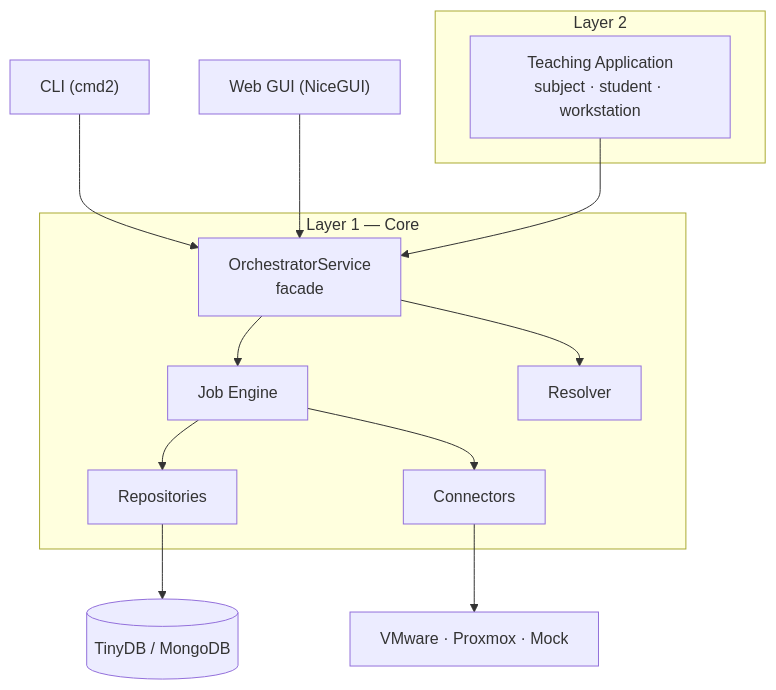
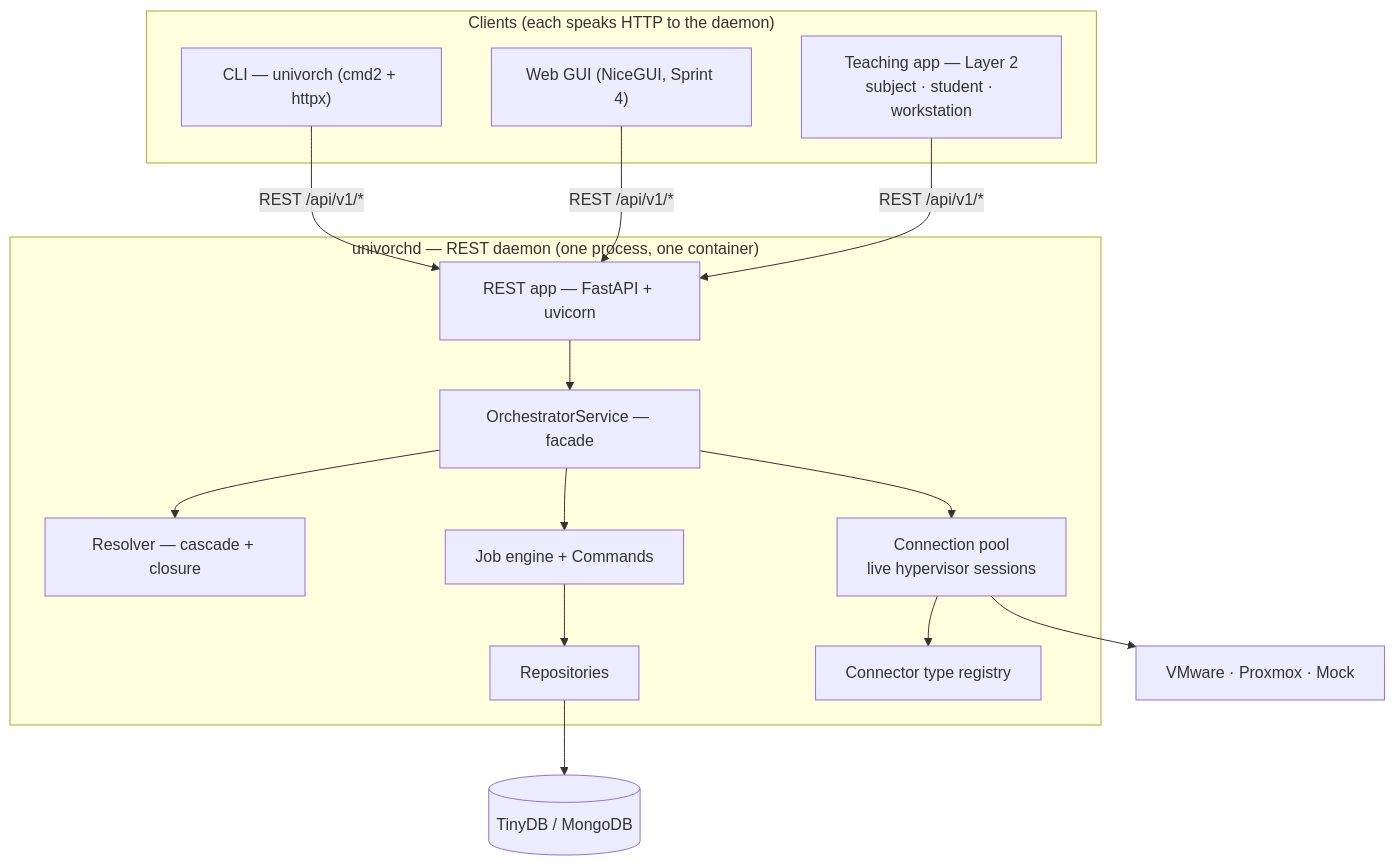
The first of 3 diagrams in docs/architecture.md (clamaveruma/univorch), drawn with Mermaid before and after one commit. The commit also changed other lines of this file and 14 other files, not shown here.

First line of the commit message:
docs/memoria: integrar 9 diagramas Mermaid en el capitulo 4

````diff
--- a/docs/architecture.md
+++ b/docs/architecture.md
@@ -26,24 +30,30 @@
 ```mermaid
 graph TB
-    subgraph L2["Layer 2"]
-        TA["Teaching Application\nsubject · student · workstation"]
+    subgraph CLIENTS["Clients (each speaks HTTP to the daemon)"]
+        CLI["CLI — univorch (cmd2 + httpx)"]
+        WEB["Web GUI (NiceGUI, Sprint 4)"]
+        TA["Teaching app — Layer 2\nsubject · student · workstation"]
     end
 
-    subgraph L1["Layer 1 — Core"]
-        SVC["OrchestratorService\nfacade"]
-        JE["Job Engine"]
-        RES["Resolver"]
+    subgraph DAEMON["univorchd — REST daemon (one process, one container)"]
+        REST["REST app — FastAPI + uvicorn"]
+        SVC["OrchestratorService — facade"]
+        RES["Resolver — cascade + closure"]
+        JE["Job engine + Commands"]
+        POOL["Connection pool\nlive hypervisor sessions"]
+        REG["Connector type registry"]
         REP["Repositories"]
-        CON["Connectors"]
+        REST --> SVC
+        SVC --> RES
         SVC --> JE
-        SVC --> RES
+        SVC --> POOL
+        POOL --> REG
         JE --> REP
-        JE --> CON
     end
 
-    CLI["CLI (cmd2)"] --> SVC
-    WEB["Web GUI (NiceGUI)"] --> SVC
-    TA --> SVC
+    CLI -- "REST /api/v1/*" --> REST
+    WEB -- "REST /api/v1/*" --> REST
+    TA  -- "REST /api/v1/*" --> REST
     REP --> DB[("TinyDB / MongoDB")]
-    CON --> HYP["VMware · Proxmox · Mock"]
+    POOL --> HYP["VMware · Proxmox · Mock"]
 ```
````
